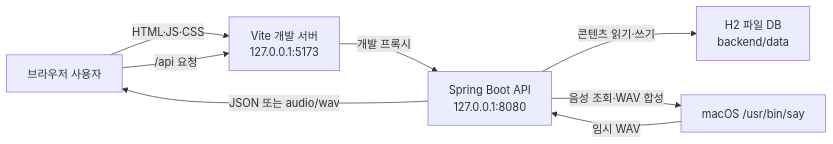
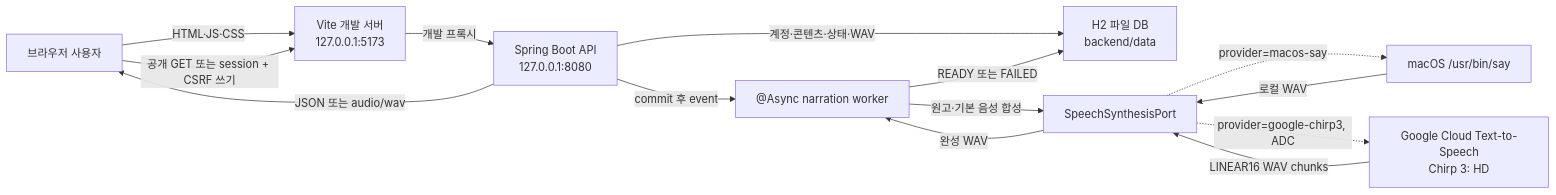
One commit to dbrlwns/spring-react-sleeping-sound changed the first of 4 diagrams in FLOW.md. Above: the diagram before and after it, drawn with Mermaid. The commit also changed other lines of this file and 93 other files, not shown here.

Commit message:
feat: session login, Google Chrip3

````diff
--- a/FLOW.md
+++ b/FLOW.md
@@ -21,16 +21,25 @@
 ```mermaid
 flowchart LR
     U["브라우저 사용자"]
     V["Vite 개발 서버\n127.0.0.1:5173"]
     S["Spring Boot API\n127.0.0.1:8080"]
     D["H2 파일 DB\nbackend/data"]
-    T["macOS /usr/bin/say"]
+    P["SpeechSynthesisPort"]
+    M["macOS /usr/bin/say"]
+    G["Google Cloud Text-to-Speech\nChirp 3: HD"]
+    W["@Async narration worker"]
 
     U -->|"HTML·JS·CSS"| V
-    U -->|"/api 요청"| V
+    U -->|"공개 GET 또는 session + CSRF 쓰기"| V
     V -->|"개발 프록시"| S
-    S -->|"콘텐츠 읽기·쓰기"| D
-    S -->|"음성 조회·WAV 합성"| T
-    T -->|"임시 WAV"| S
+    S -->|"계정·콘텐츠·상태·WAV"| D
+    S -->|"commit 후 event"| W
+    W -->|"원고·기본 음성 합성"| P
+    P -. "provider=macos-say" .-> M
+    P -. "provider=google-chirp3, ADC" .-> G
+    M -->|"로컬 WAV"| P
+    G -->|"LINEAR16 WAV chunks"| P
+    P -->|"완성 WAV"| W
+    W -->|"READY 또는 FAILED"| D
     S -->|"JSON 또는 audio/wav"| U
 ```
````
